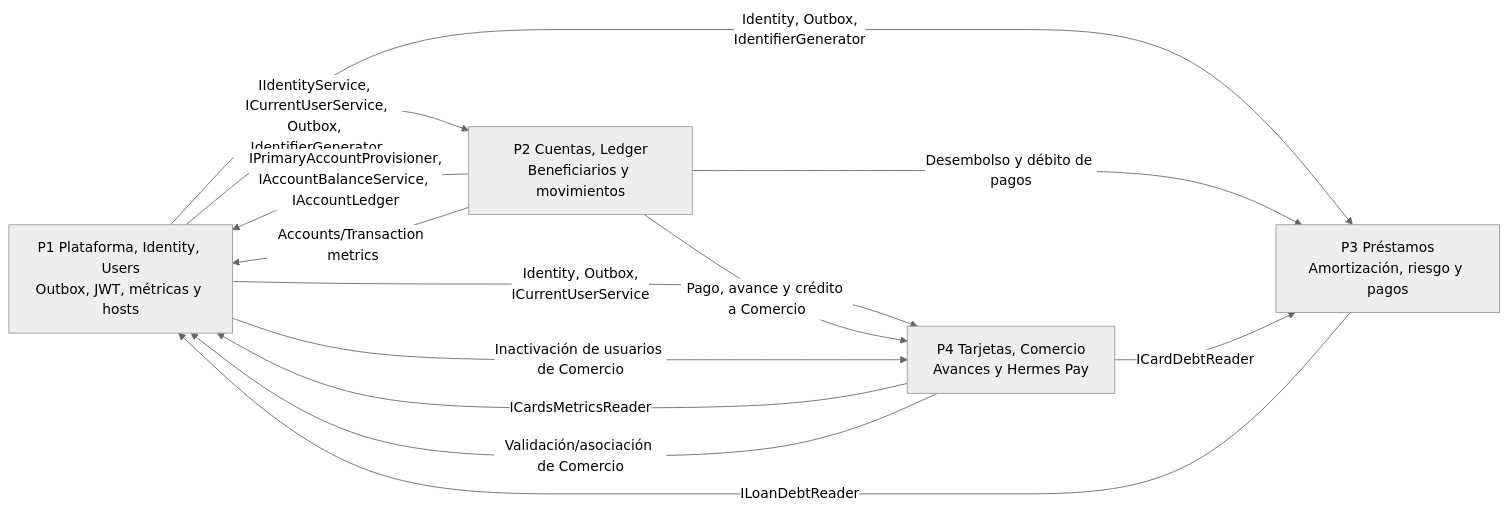
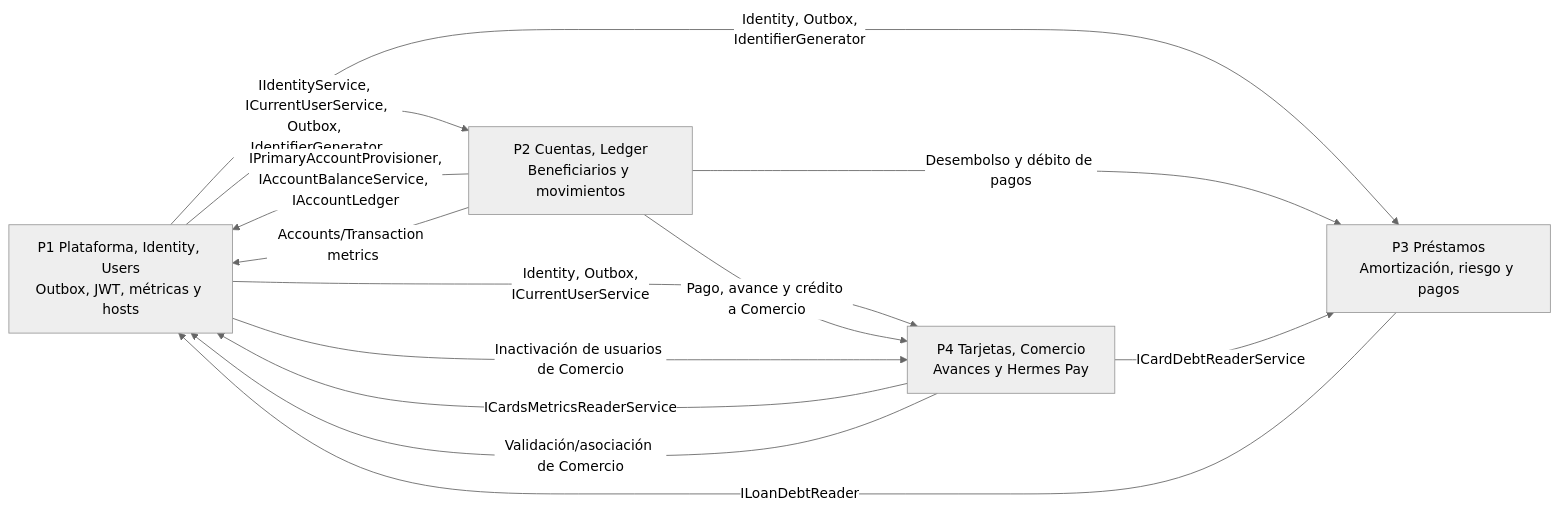
The diagram in ABP_Technical_Work_Distribution_Plan.md (GabrielAlcequiez/Artemis-Banking-Pro), drawn with Mermaid (neutral theme) before and after one commit. The commit also changed other lines of this file, not shown here.

````diff
--- a/ABP_Technical_Work_Distribution_Plan.md
+++ b/ABP_Technical_Work_Distribution_Plan.md
@@ -979,23 +983,23 @@
 ```mermaid
 flowchart LR
     P1["P1 Plataforma, Identity, Users<br/>Outbox, JWT, métricas y hosts"]
     P2["P2 Cuentas, Ledger<br/>Beneficiarios y movimientos"]
     P3["P3 Préstamos<br/>Amortización, riesgo y pagos"]
     P4["P4 Tarjetas, Comercio<br/>Avances y Hermes Pay"]
 
     P1 -->|"IIdentityService, ICurrentUserService,<br/>Outbox, IdentifierGenerator"| P2
     P1 -->|"Identity, Outbox,<br/>IdentifierGenerator"| P3
     P1 -->|"Identity, Outbox,<br/>ICurrentUserService"| P4
 
     P2 -->|"IPrimaryAccountProvisioner,<br/>IAccountBalanceService, IAccountLedger"| P1
     P2 -->|"Desembolso y débito de pagos"| P3
     P2 -->|"Pago, avance y crédito a Comercio"| P4
 
-    P4 -->|"ICardDebtReader"| P3
+    P4 -->|"ICardDebtReaderService"| P3
     P3 -->|"ILoanDebtReader"| P1
-    P4 -->|"ICardsMetricsReader"| P1
+    P4 -->|"ICardsMetricsReaderService"| P1
     P2 -->|"Accounts/Transaction metrics"| P1
 
     P4 -->|"Validación/asociación de Comercio"| P1
     P1 -->|"Inactivación de usuarios de Comercio"| P4
 ```
````
